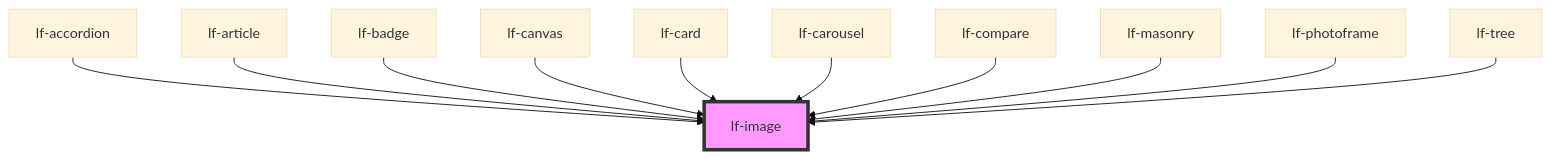
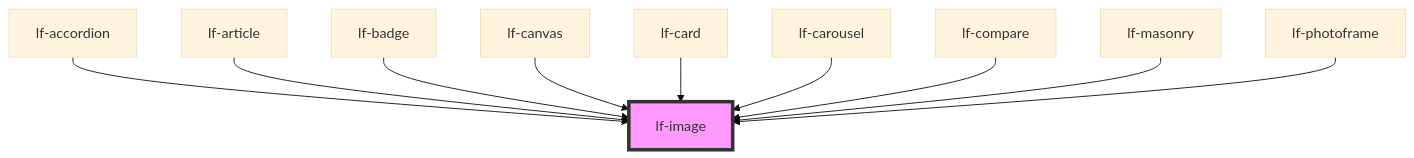
Before and after one commit to lucafoscili/lf-widgets: the diagram in packages/core/src/components/lf-image/readme.md, drawn with Mermaid (base theme). The commit also changed other lines of this file and 16 other files, not shown here.

````diff
--- a/packages/core/src/components/lf-image/readme.md
+++ b/packages/core/src/components/lf-image/readme.md
@@ -111,14 +110,13 @@
 ```mermaid
 graph TD;
   lf-accordion --> lf-image
   lf-article --> lf-image
   lf-badge --> lf-image
   lf-canvas --> lf-image
   lf-card --> lf-image
   lf-carousel --> lf-image
   lf-compare --> lf-image
   lf-masonry --> lf-image
   lf-photoframe --> lf-image
-  lf-tree --> lf-image
   style lf-image fill:#f9f,stroke:#333,stroke-width:4px
 ```
````
